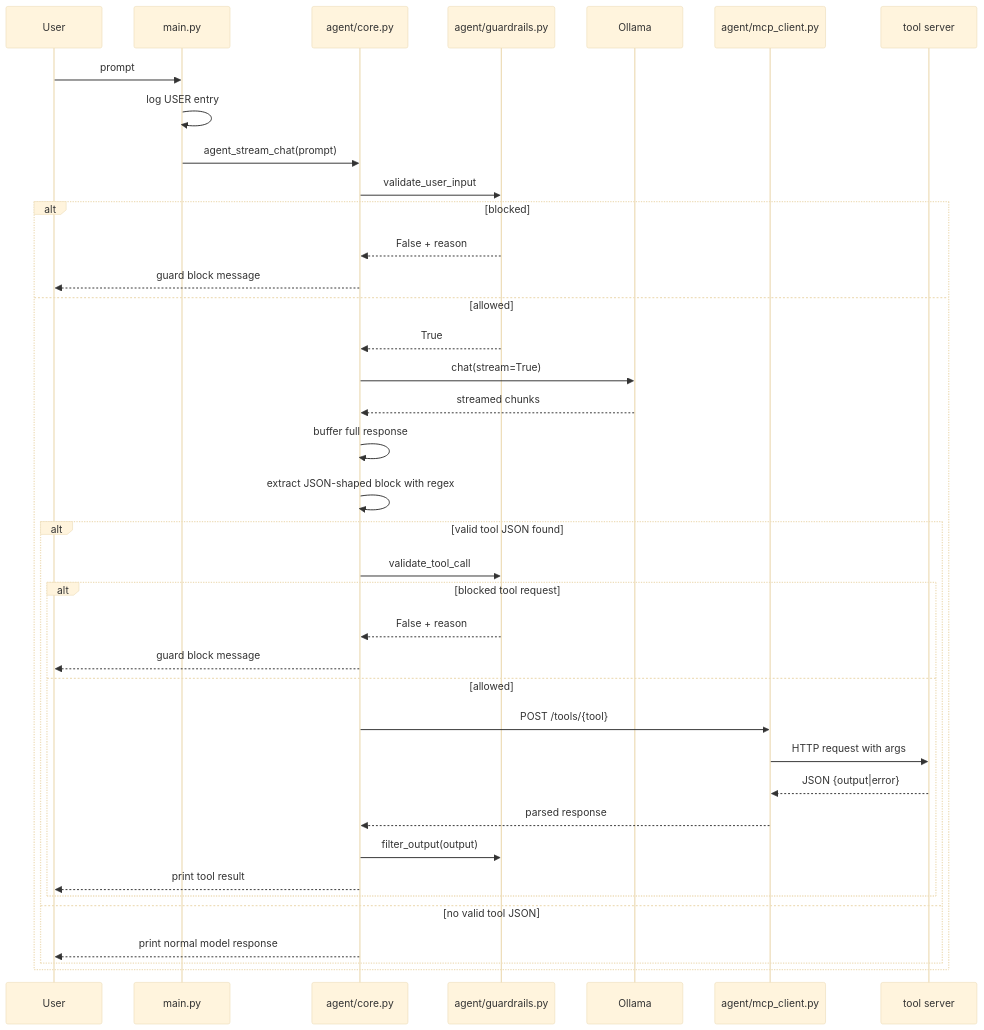
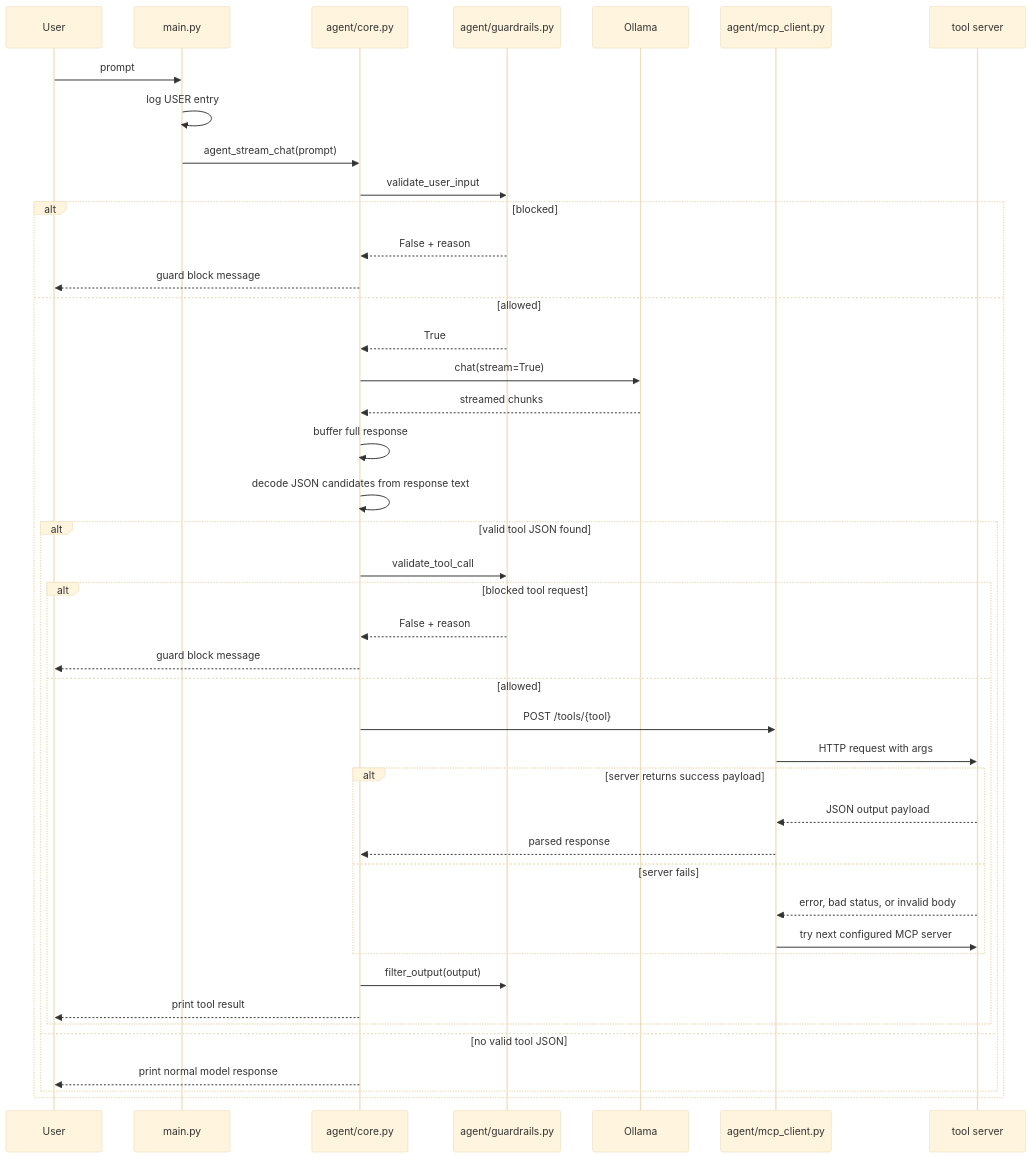
The third of 5 diagrams in docs/ARCHITECTURE.md (soorajrs409/e-agent), drawn with Mermaid (base theme) before and after one commit. The commit also changed other lines of this file and 6 other files, not shown here.

````diff
--- a/docs/ARCHITECTURE.md
+++ b/docs/ARCHITECTURE.md
@@ -41,43 +48,48 @@
 ```mermaid
 sequenceDiagram
     participant User
     participant Main as main.py
     participant Core as agent/core.py
     participant Guard as agent/guardrails.py
     participant LLM as Ollama
     participant MCP as agent/mcp_client.py
     participant Server as tool server
 
     User->>Main: prompt
     Main->>Main: log USER entry
     Main->>Core: agent_stream_chat(prompt)
     Core->>Guard: validate_user_input
 
     alt blocked
         Guard-->>Core: False + reason
         Core-->>User: guard block message
     else allowed
         Guard-->>Core: True
         Core->>LLM: chat(stream=True)
         LLM-->>Core: streamed chunks
         Core->>Core: buffer full response
-        Core->>Core: extract JSON-shaped block with regex
+        Core->>Core: decode JSON candidates from response text
 
         alt valid tool JSON found
             Core->>Guard: validate_tool_call
             alt blocked tool request
                 Guard-->>Core: False + reason
                 Core-->>User: guard block message
             else allowed
                 Core->>MCP: POST /tools/{tool}
                 MCP->>Server: HTTP request with args
-                Server-->>MCP: JSON {output|error}
-                MCP-->>Core: parsed response
+                alt server returns success payload
+                    Server-->>MCP: JSON output payload
+                    MCP-->>Core: parsed response
+                else server fails
+                    Server-->>MCP: error, bad status, or invalid body
+                    MCP->>Server: try next configured MCP server
+                end
                 Core->>Guard: filter_output(output)
                 Core-->>User: print tool result
             end
         else no valid tool JSON
             Core-->>User: print normal model response
         end
     end
 ```
````
